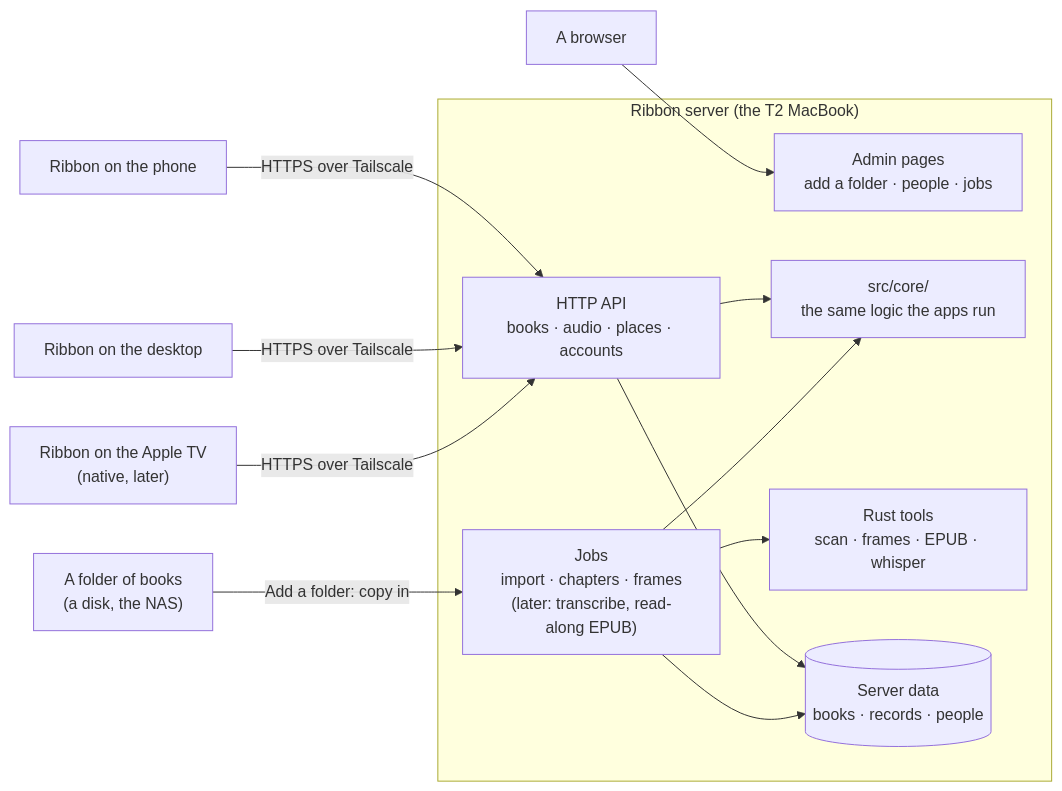
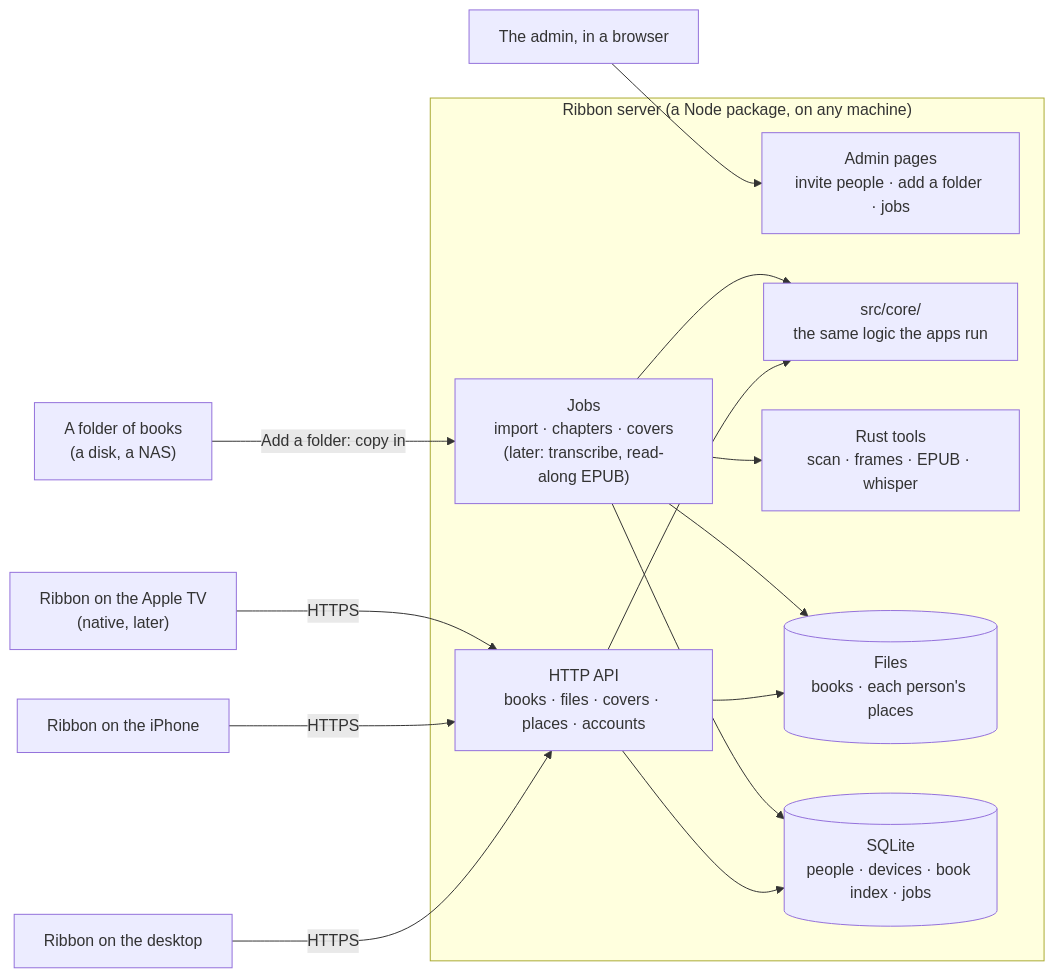
Before and after one commit to KhalidAdan/ribbon: the diagram in docs/SERVER.md, drawn with Mermaid. The commit also changed other lines of this file, not shown here.

First line of the commit message:
The server design: the owner's decisions folded in

````diff
--- a/docs/SERVER.md
+++ b/docs/SERVER.md
@@ -44,21 +51,19 @@
 ```mermaid
 flowchart LR
-  subgraph Server["Ribbon server (the T2 MacBook)"]
-    API["HTTP API<br/>books · audio · places · accounts"]
-    Admin["Admin pages<br/>add a folder · people · jobs"]
-    Jobs["Jobs<br/>import · chapters · frames<br/>(later: transcribe, read-along EPUB)"]
+  subgraph Server["Ribbon server (a Node package, on any machine)"]
+    API["HTTP API<br/>books · files · covers · places · accounts"]
+    Admin["Admin pages<br/>invite people · add a folder · jobs"]
+    Jobs["Jobs<br/>import · chapters · covers<br/>(later: transcribe, read-along EPUB)"]
     Core["src/core/<br/>the same logic the apps run"]
     Tools["Rust tools<br/>scan · frames · EPUB · whisper"]
-    Data[("Server data<br/>books · records · people")]
+    Files[("Files<br/>books · each person's places")]
+    DB[("SQLite<br/>people · devices · book index · jobs")]
   end
-  Phone["Ribbon on the phone"] -- HTTPS over Tailscale --> API
-  Desktop["Ribbon on the desktop"] -- HTTPS over Tailscale --> API
-  TV["Ribbon on the Apple TV<br/>(native, later)"] -- HTTPS over Tailscale --> API
-  Browser["A browser"] --> Admin
-  API --> Core
-  Jobs --> Core
-  Jobs --> Tools
-  API --> Data
-  Jobs --> Data
-  Folder["A folder of books<br/>(a disk, the NAS)"] -- "Add a folder: copy in" --> Jobs
+  Desktop["Ribbon on the desktop"] -- HTTPS --> API
+  Phone["Ribbon on the iPhone"] -- HTTPS --> API
+  TV["Ribbon on the Apple TV<br/>(native, later)"] -- HTTPS --> API
+  Browser["The admin, in a browser"] --> Admin
+  API --> Core & Files & DB
+  Jobs --> Core & Tools & Files & DB
+  Folder["A folder of books<br/>(a disk, a NAS)"] -- "Add a folder: copy in" --> Jobs
 ```
````
